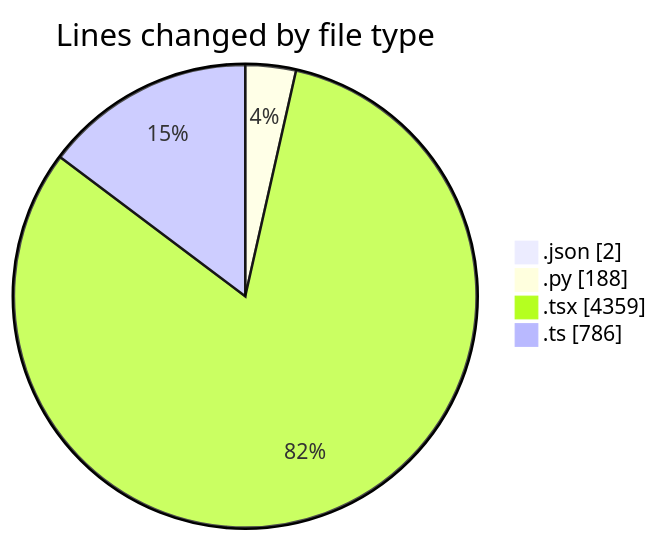
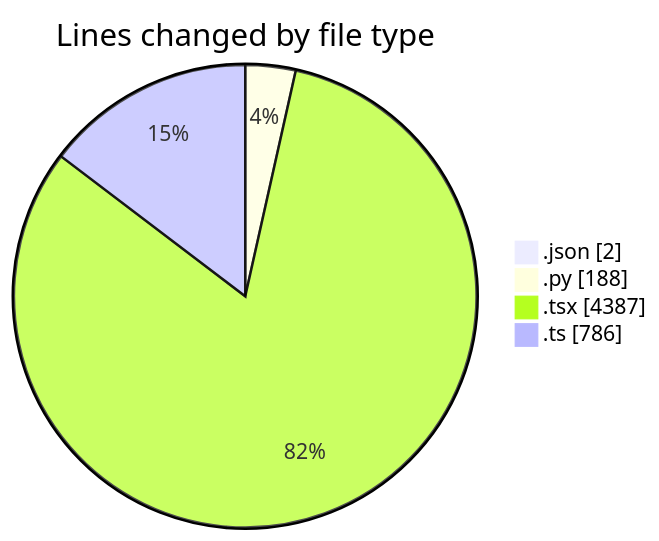
One commit to julien-gomy/code-tracking changed the first of 2 diagrams in 2025-10-06/eventscop-frontend-guide__workspace_/README.md. Above: the diagram before and after it, drawn with Mermaid. The commit also changed other lines of this file and 1 other file, not shown here.

````diff
--- a/2025-10-06/eventscop-frontend-guide__workspace_/README.md
+++ b/2025-10-06/eventscop-frontend-guide__workspace_/README.md
@@ -53,8 +53,8 @@
 ```mermaid
 pie showData
 title Lines changed by file type
 ".json" : 2
 ".py" : 188
-".tsx" : 4359
+".tsx" : 4387
 ".ts" : 786
 ```
````
